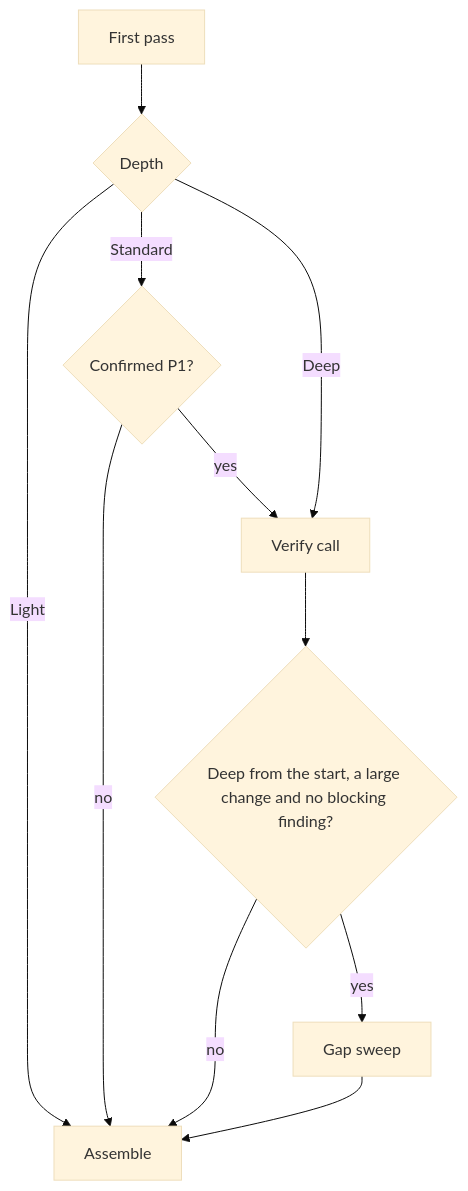
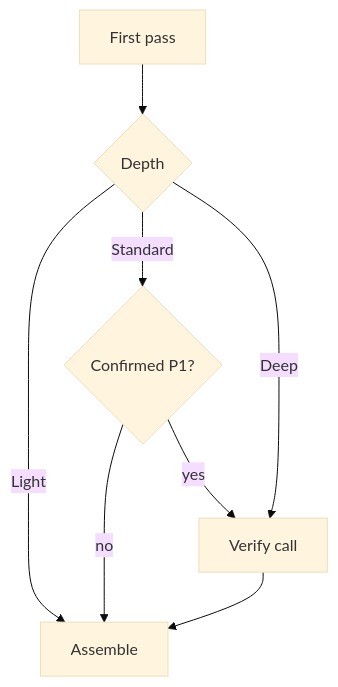
One commit to zgeoff/noslop changed the diagram in docs/architecture/routing-and-depth.md. Above: the diagram before and after it, drawn with Mermaid (base theme). The commit also changed other lines of this file and 12 other files, not shown here.

First line of the commit message:
refactor(review): remove the gap sweep from the deep passes

````diff
--- a/docs/architecture/routing-and-depth.md
+++ b/docs/architecture/routing-and-depth.md
@@ -74,13 +74,10 @@
 ```mermaid
 flowchart TD
   first[First pass] --> light{Depth}
   light -->|Light| done[Assemble]
   light -->|Standard| p1{Confirmed P1?}
   p1 -->|no| done
   p1 -->|yes| verify[Verify call]
   light -->|Deep| verify
-  verify --> gap{Deep from the start, a large change and no blocking finding?}
-  gap -->|no| done
-  gap -->|yes| sweep[Gap sweep]
-  sweep --> done
+  verify --> done
 ```
````
